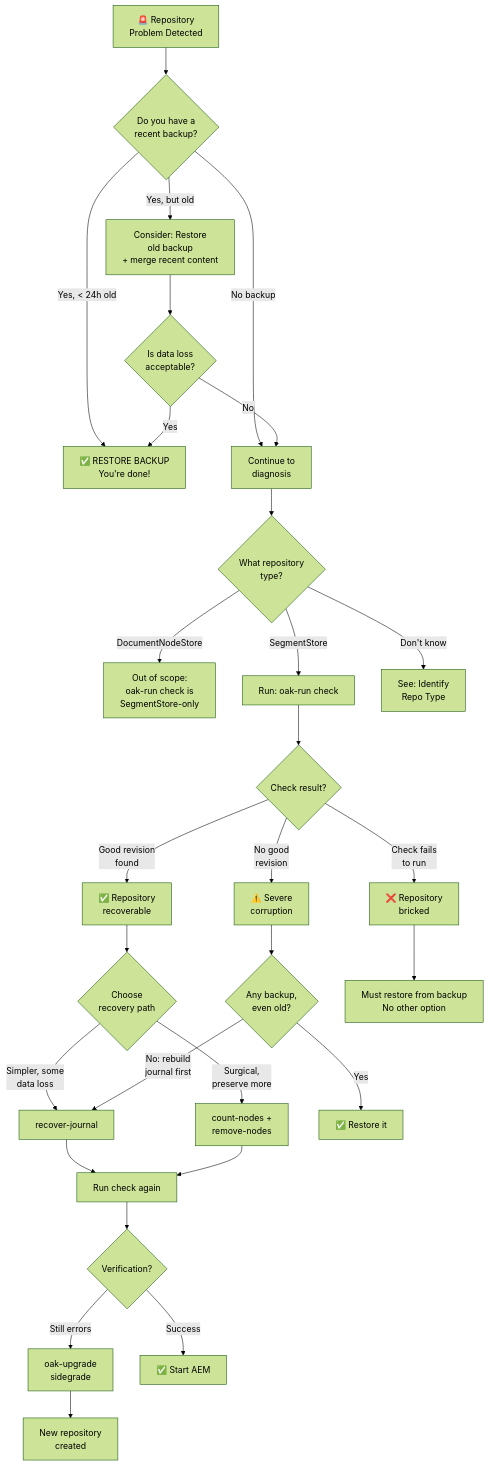
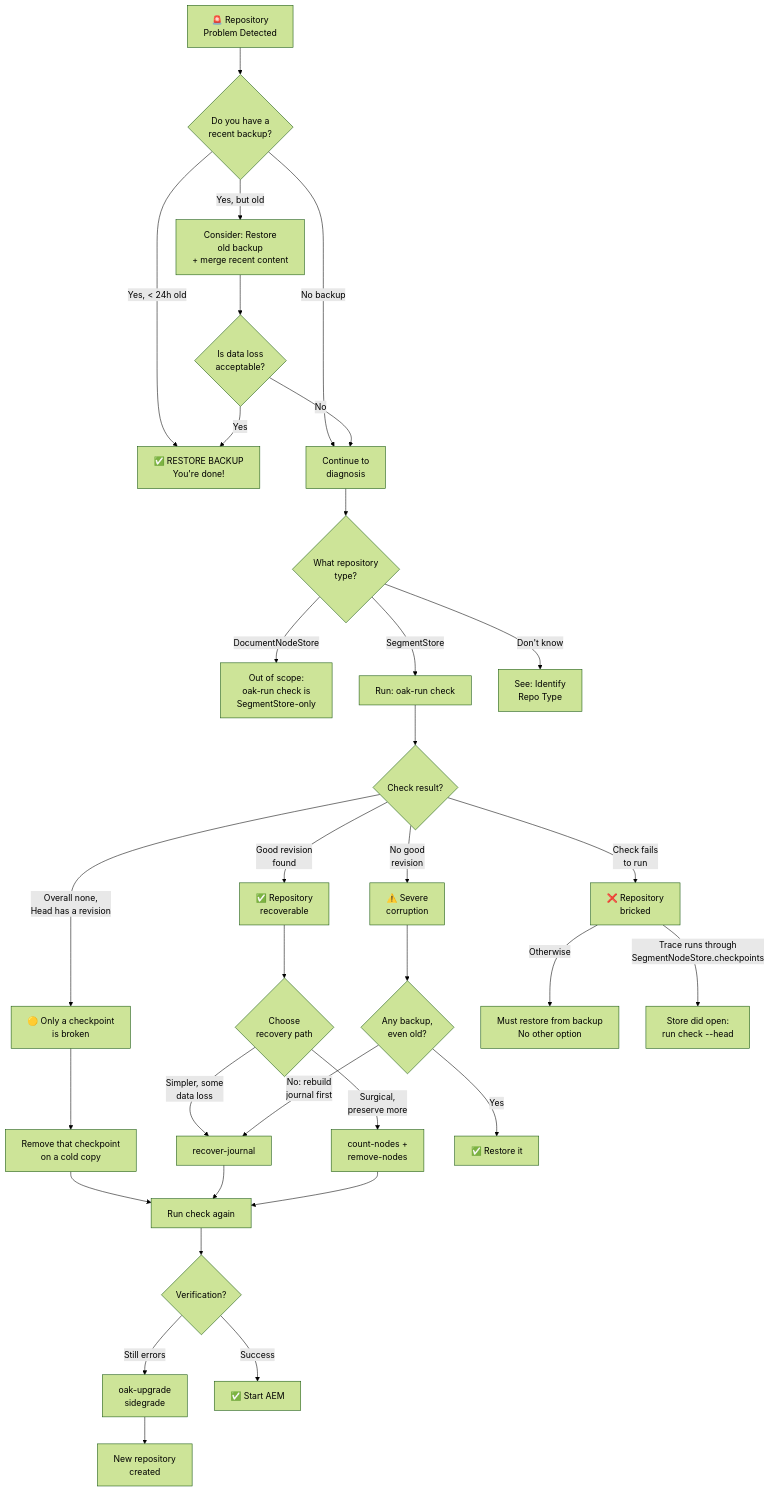
The diagram in docs/crisis/decision-tree.md (somarc/oak-magnum-oakus), drawn with Mermaid (forest theme) before and after one commit. The commit also changed other lines of this file and 3 other files, not shown here.

````diff
--- a/docs/crisis/decision-tree.md
+++ b/docs/crisis/decision-tree.md
@@ -5,44 +12,48 @@
 ```mermaid
 flowchart TD
     START[🚨 Repository<br/>Problem Detected] --> BACKUP{Do you have a<br/>recent backup?}
     
     BACKUP -->|Yes, < 24h old| RESTORE[✅ RESTORE BACKUP<br/>You're done!]
     BACKUP -->|Yes, but old| OLD_BACKUP[Consider: Restore<br/>old backup<br/>+ merge recent content]
     BACKUP -->|No backup| NO_BACKUP[Continue to<br/>diagnosis]
     
     OLD_BACKUP --> ACCEPTABLE{Is data loss<br/>acceptable?}
     ACCEPTABLE -->|Yes| RESTORE
     ACCEPTABLE -->|No| NO_BACKUP
     
     NO_BACKUP --> IDENTIFY{What repository<br/>type?}
     
     IDENTIFY -->|DocumentNodeStore| CHECK_DOC[Out of scope:<br/>oak-run check is<br/>SegmentStore-only]
     IDENTIFY -->|SegmentStore| CHECK_SEG[Run: oak-run check]
     IDENTIFY -->|Don't know| IDENTIFY_HELP[See: Identify<br/>Repo Type]
     
     CHECK_SEG --> CHECK_RESULT{Check result?}
     
     CHECK_RESULT -->|Good revision<br/>found| GOOD_REV[✅ Repository<br/>recoverable]
     CHECK_RESULT -->|No good<br/>revision| NO_REV[⚠️ Severe<br/>corruption]
     CHECK_RESULT -->|Check fails<br/>to run| BRICKED[❌ Repository<br/>bricked]
+    CHECK_RESULT -->|Overall none,<br/>Head has a revision| CP_BROKEN[🟡 Only a checkpoint<br/>is broken]
+    CP_BROKEN --> CP_RM[Remove that checkpoint<br/>on a cold copy]
+    CP_RM --> VERIFY
     
     GOOD_REV --> RECOVERY_PATH{Choose<br/>recovery path}
     
     RECOVERY_PATH -->|Simpler, some<br/>data loss| RECOVER_JOURNAL[recover-journal]
     RECOVERY_PATH -->|Surgical,<br/>preserve more| SURGICAL[count-nodes +<br/>remove-nodes]
     
     NO_REV --> LAST_RESORT{Any backup,<br/>even old?}
     
     LAST_RESORT -->|Yes| RESTORE_OLD[✅ Restore it]
     LAST_RESORT -->|No: rebuild<br/>journal first| RECOVER_JOURNAL
     
-    BRICKED --> MUST_RESTORE[Must restore from backup<br/>No other option]
+    BRICKED -->|Otherwise| MUST_RESTORE[Must restore from backup<br/>No other option]
+    BRICKED -->|Trace runs through<br/>SegmentNodeStore.checkpoints| HEAD_ONLY["Store did open:<br/>run check --head"]
     
     RECOVER_JOURNAL --> VERIFY[Run check again]
     SURGICAL --> VERIFY
     SIDEGRADE[oak-upgrade<br/>sidegrade] --> NEW_REPO[New repository<br/>created]
     
     VERIFY --> VERIFY_RESULT{Verification?}
     VERIFY_RESULT -->|Success| DONE[✅ Start AEM]
     VERIFY_RESULT -->|Still errors| SIDEGRADE
 ```
````
